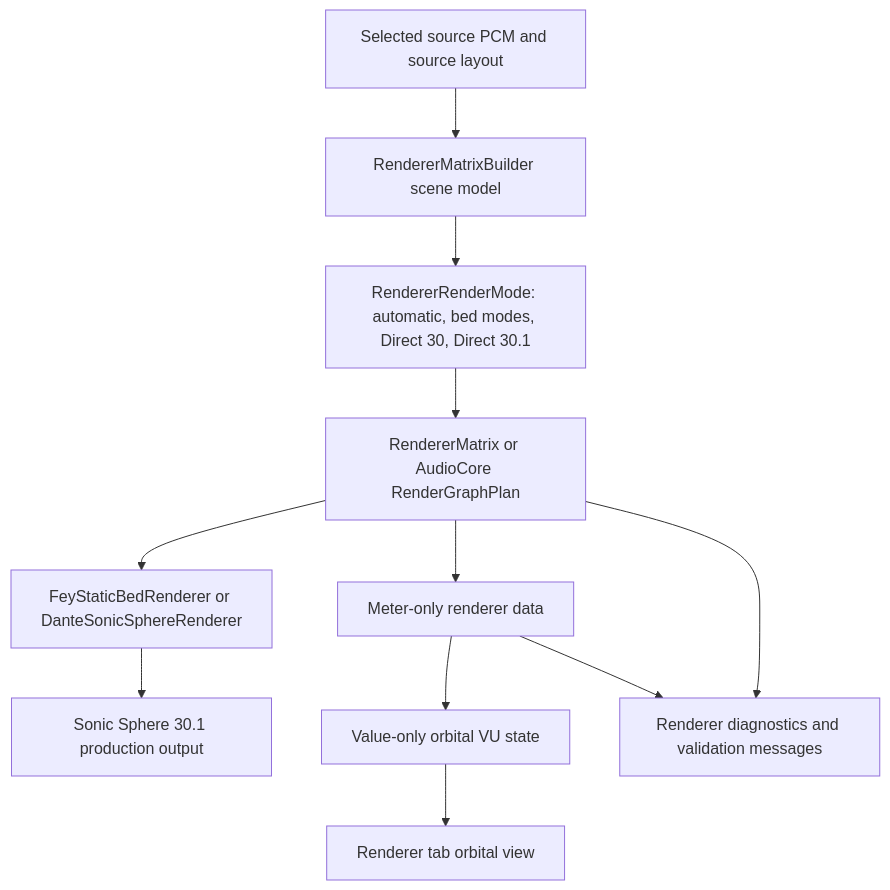
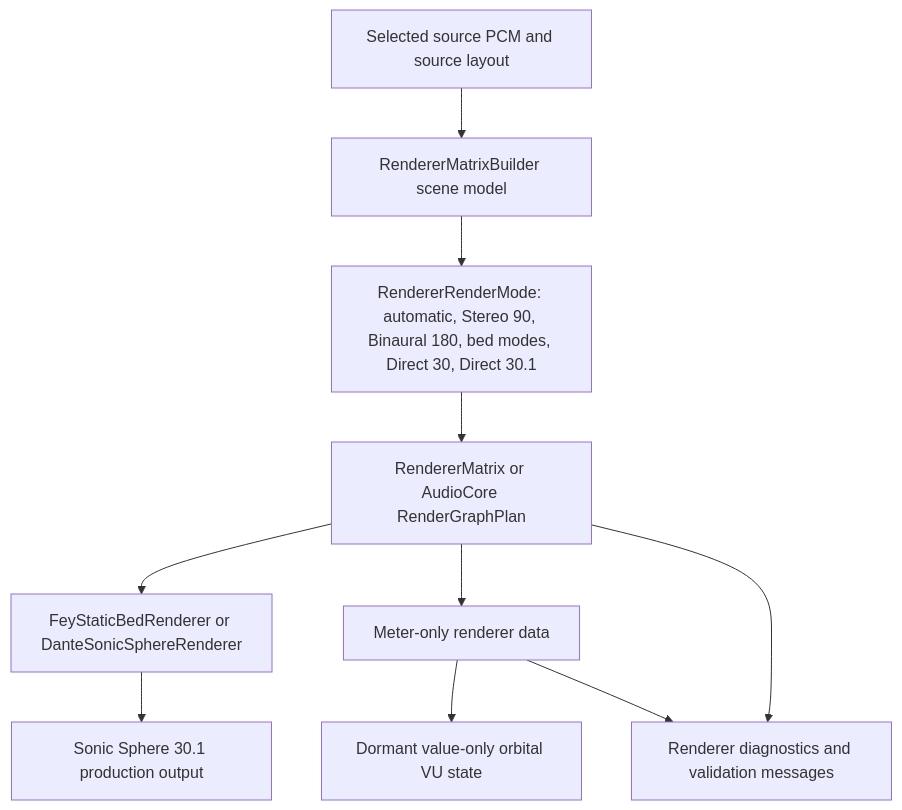
Before and after one commit to jebagu/Orbisonic: the eighth of 14 diagrams in docs/system-flows.md, drawn with Mermaid. The commit also changed other lines of this file and 44 other files, not shown here.

````diff
--- a/docs/system-flows.md
+++ b/docs/system-flows.md
@@ -226,24 +246,22 @@
 ```mermaid
 flowchart TD
     Source["Selected source PCM and source layout"]
     Scene["RendererMatrixBuilder scene model"]
-    Mode["RendererRenderMode: automatic, bed modes, Direct 30, Direct 30.1"]
+    Mode["RendererRenderMode: automatic, Stereo 90, Binaural 180, bed modes, Direct 30, Direct 30.1"]
     Matrix["RendererMatrix or AudioCore RenderGraphPlan"]
     Render["FeyStaticBedRenderer or DanteSonicSphereRenderer"]
     MeterCopy["Meter-only renderer data"]
-    OrbitalVU["Value-only orbital VU state"]
-    OrbitalView["Renderer tab orbital view"]
+    OrbitalVU["Dormant value-only orbital VU state"]
     Production["Sonic Sphere 30.1 production output"]
     Diagnostics["Renderer diagnostics and validation messages"]
 
     Source --> Scene
     Scene --> Mode
     Mode --> Matrix
     Matrix --> Render
     Render --> Production
     Matrix --> MeterCopy
     MeterCopy --> OrbitalVU
-    OrbitalVU --> OrbitalView
     MeterCopy --> Diagnostics
     Matrix --> Diagnostics
 ```
````
